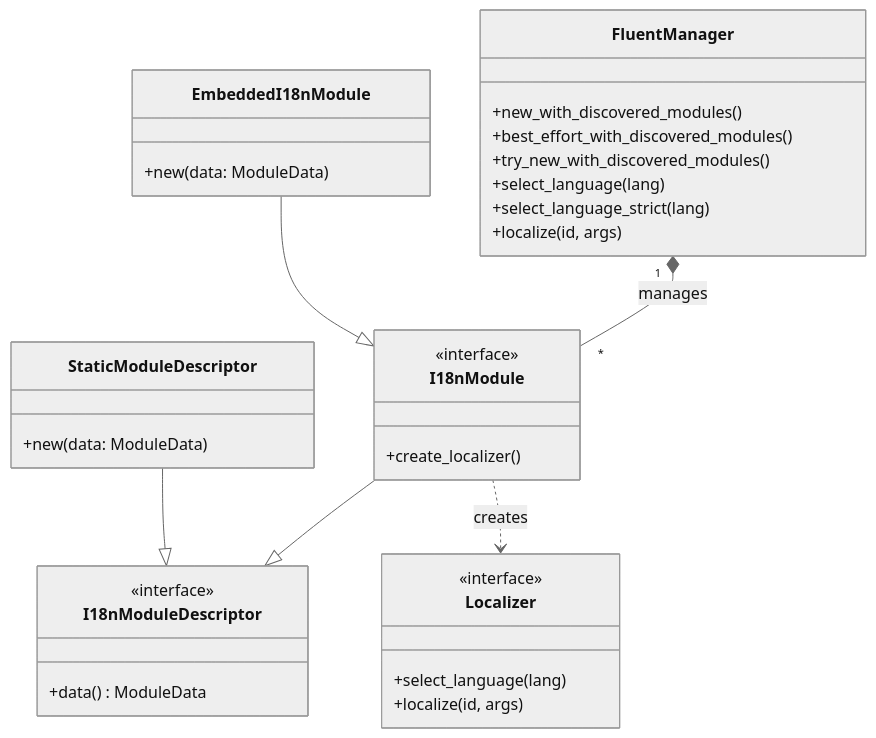
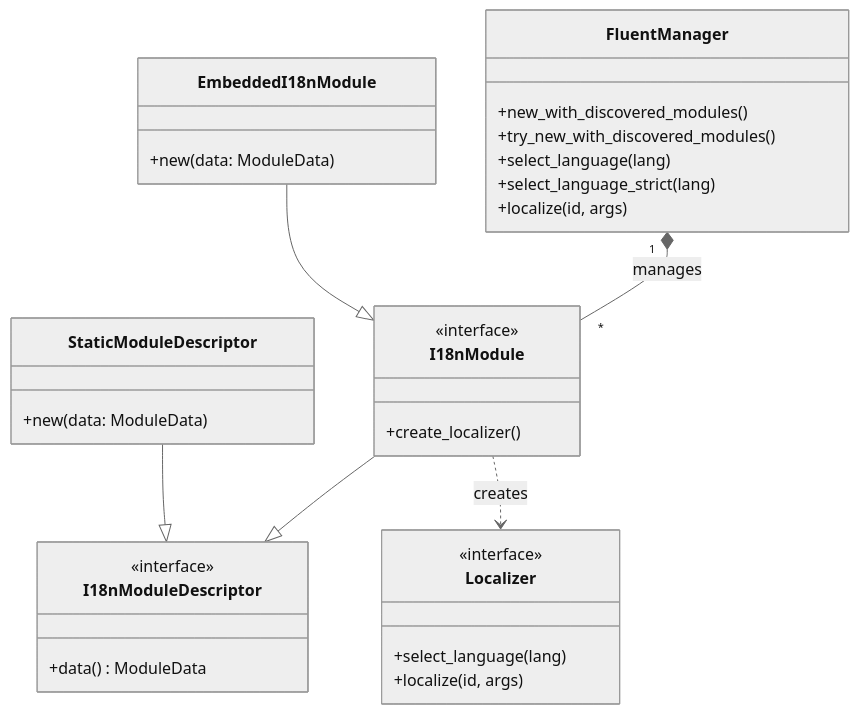
One commit to stayhydated/es-fluent changed the diagram in crates/es-fluent-manager-core/docs/ARCHITECTURE.md. Above: the diagram before and after it, drawn with Mermaid (neutral theme). The commit also changed other lines of this file and 20 other files, not shown here.

````diff
--- a/crates/es-fluent-manager-core/docs/ARCHITECTURE.md
+++ b/crates/es-fluent-manager-core/docs/ARCHITECTURE.md
@@ -13,41 +13,40 @@
 ```mermaid
 classDiagram
     class FluentManager {
         +new_with_discovered_modules()
-        +best_effort_with_discovered_modules()
         +try_new_with_discovered_modules()
         +select_language(lang)
         +select_language_strict(lang)
         +localize(id, args)
     }
 
     class I18nModuleDescriptor {
         <<interface>>
         +data() ModuleData
     }
 
     class I18nModule {
         <<interface>>
         +create_localizer()
     }
 
     class Localizer {
         <<interface>>
         +select_language(lang)
         +localize(id, args)
     }
 
     class StaticModuleDescriptor {
         +new(data: ModuleData)
     }
 
     class EmbeddedI18nModule {
         +new(data: ModuleData)
     }
 
     I18nModule --|> I18nModuleDescriptor
     FluentManager "1" *-- "*" I18nModule : manages
     I18nModule ..> Localizer : creates
     StaticModuleDescriptor --|> I18nModuleDescriptor
     EmbeddedI18nModule --|> I18nModule
 ```
````
